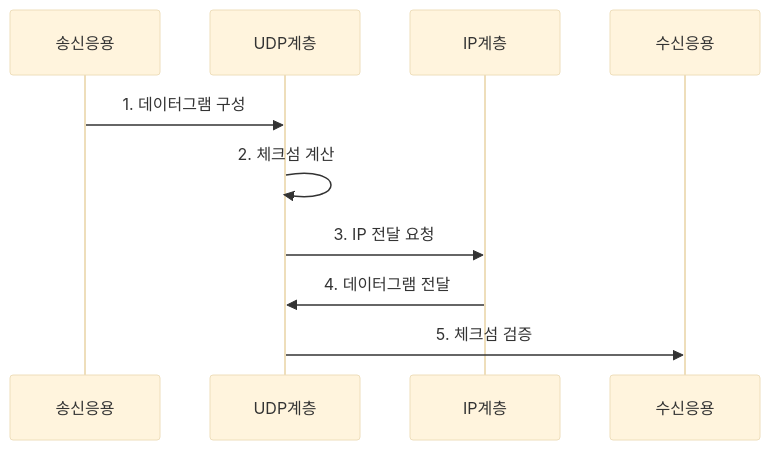
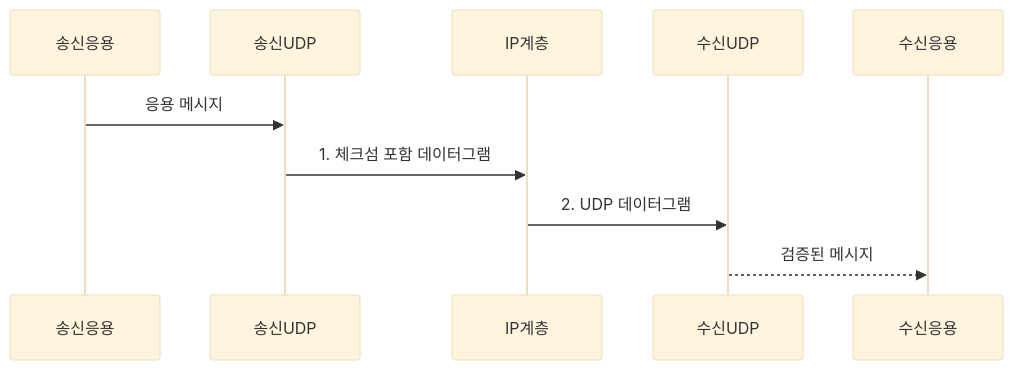
One commit to agnusdei1207/knowledge-base changed the second of 2 diagrams in src/content/docs/notes/04-network/026_udp_characteristics.md. Above: the diagram before and after it, drawn with Mermaid (base theme). The commit also changed other lines of this file and 20 other files, not shown here.

````diff
--- a/src/content/docs/notes/04-network/026_udp_characteristics.md
+++ b/src/content/docs/notes/04-network/026_udp_characteristics.md
@@ -84,12 +85,12 @@
 ```mermaid
 sequenceDiagram
     participant 송신응용
-    participant UDP계층
+    participant 송신UDP
     participant IP계층
+    participant 수신UDP
     participant 수신응용
-    송신응용->>UDP계층: 1. 데이터그램 구성
-    UDP계층->>UDP계층: 2. 체크섬 계산
-    UDP계층->>IP계층: 3. IP 전달 요청
-    IP계층->>UDP계층: 4. 데이터그램 전달
-    UDP계층->>수신응용: 5. 체크섬 검증
+    송신응용->>송신UDP: 응용 메시지
+    송신UDP->>IP계층: 1. 체크섬 포함 데이터그램
+    IP계층->>수신UDP: 2. UDP 데이터그램
+    수신UDP-->>수신응용: 검증된 메시지
 ```
````
